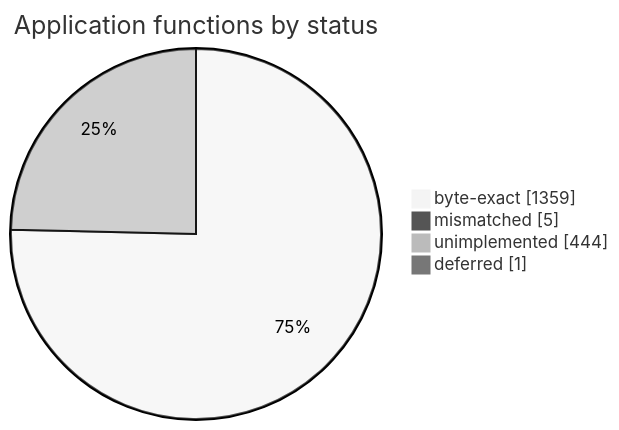
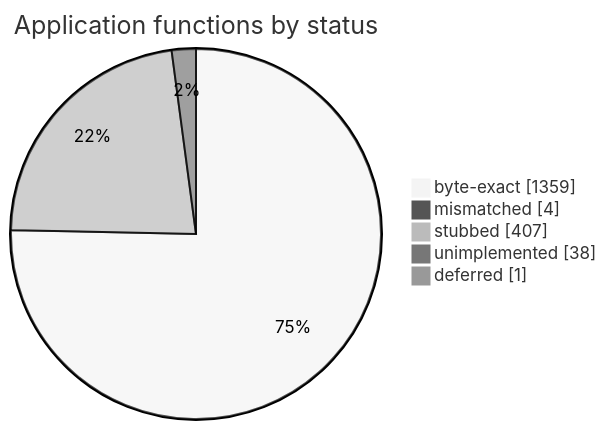
Before and after one commit to sorokya/eos: the diagram in README.md, drawn with Mermaid (neutral theme). The commit also changed other lines of this file and 17 other files, not shown here.

````diff
--- a/README.md
+++ b/README.md
@@ -152,8 +152,9 @@
 ```mermaid
 pie showData
     title Application functions by status
     "byte-exact" : 1359
-    "mismatched" : 5
-    "unimplemented" : 444
+    "mismatched" : 4
+    "stubbed" : 407
+    "unimplemented" : 38
     "deferred" : 1
 ```
````
